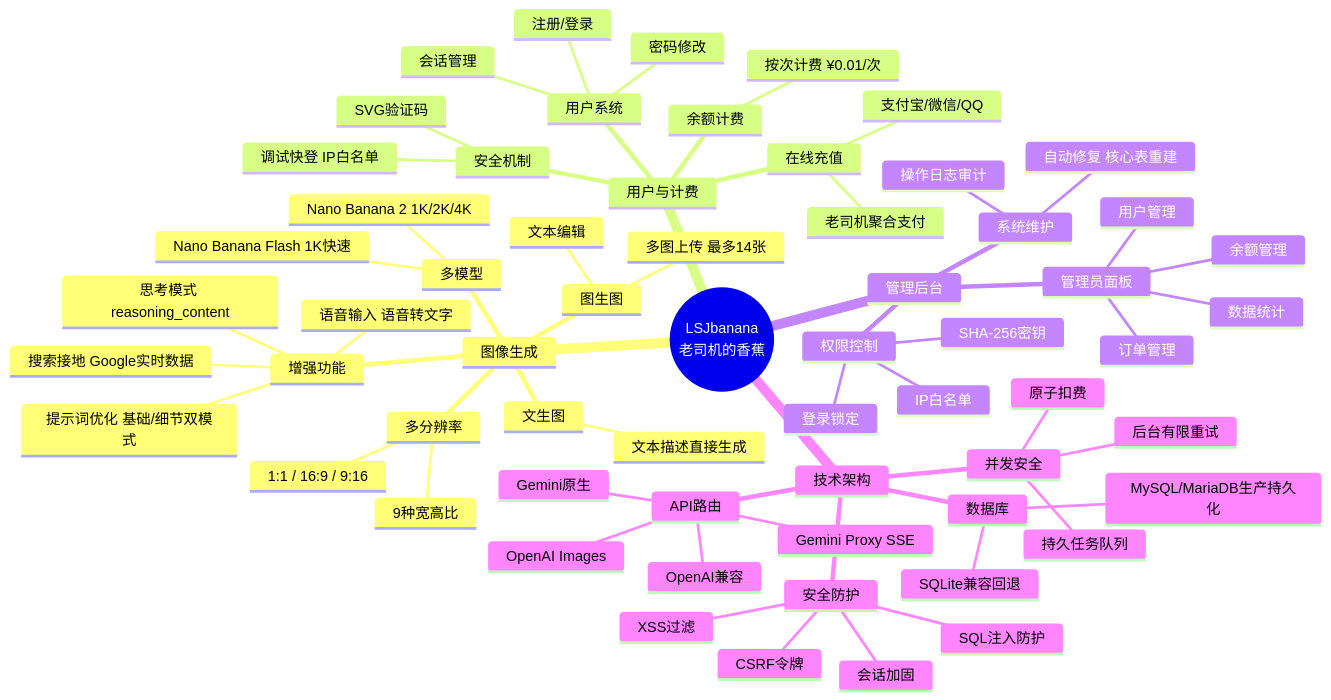
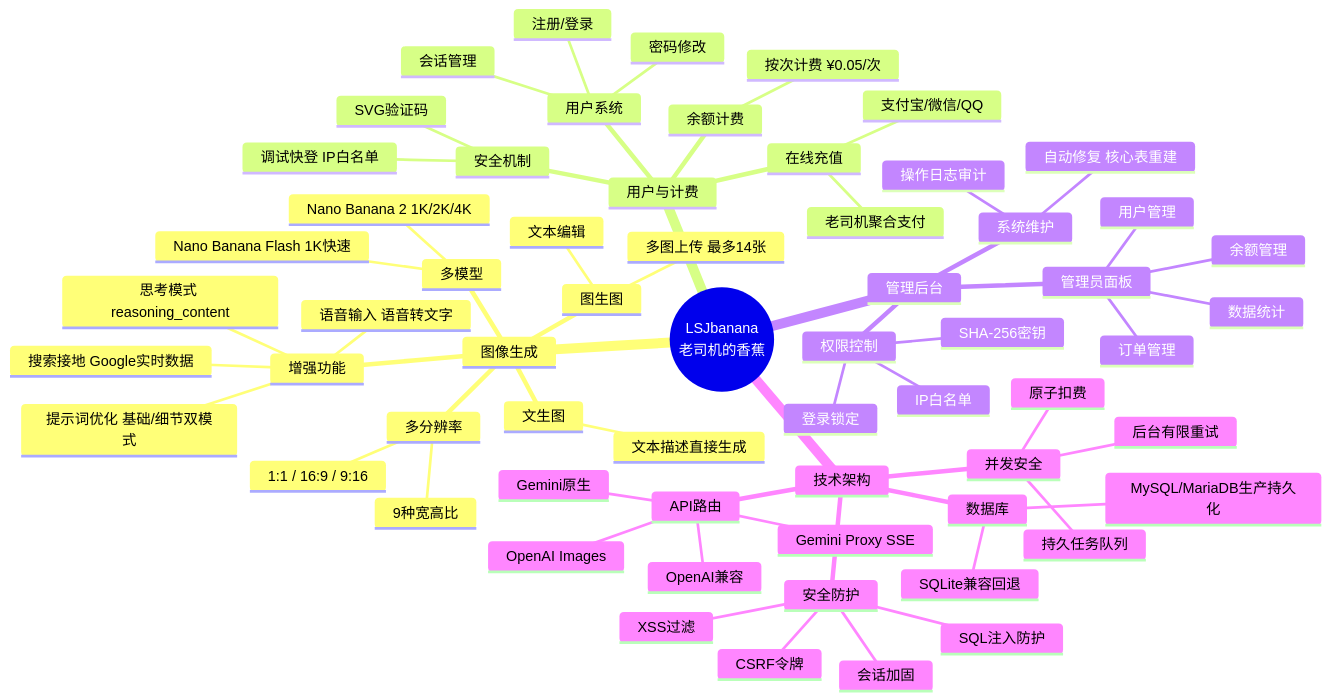
One commit to RusianHu/LSJbanana changed the diagram in README.md. Above: the diagram before and after it, drawn with Mermaid. The commit also changed 2 other files, not shown here.

Commit message:
chore: 图片单价调整为 0.05 元/张
同步更新 config.php.example 与 README 文档中的价格说明。

````diff
--- a/README.md
+++ b/README.md
@@ -9,65 +9,65 @@
 ```mermaid
 mindmap
   root((LSJbanana<br>老司机的香蕉))
     图像生成
       文生图
         文本描述直接生成
       图生图
         多图上传 最多14张
         文本编辑
       多模型
         Nano Banana 2 1K/2K/4K
         Nano Banana Flash 1K快速
       多分辨率
         9种宽高比
         1:1 / 16:9 / 9:16
       增强功能
         搜索接地 Google实时数据
         提示词优化 基础/细节双模式
         语音输入 语音转文字
         思考模式 reasoning_content
     用户与计费
       用户系统
         注册/登录
         会话管理
         密码修改
       余额计费
-        按次计费 ¥0.01/次
+        按次计费 ¥0.05/次
       在线充值
         老司机聚合支付
         支付宝/微信/QQ
       安全机制
         SVG验证码
         调试快登 IP白名单
     管理后台
       管理员面板
         用户管理
         订单管理
         余额管理
         数据统计
       权限控制
         SHA-256密钥
         IP白名单
         登录锁定
       系统维护
         操作日志审计
         自动修复 核心表重建
     技术架构
       数据库
         MySQL/MariaDB生产持久化
         SQLite兼容回退
       API路由
         Gemini原生
         OpenAI兼容
         OpenAI Images
         Gemini Proxy SSE
       安全防护
         CSRF令牌
         SQL注入防护
         XSS过滤
         会话加固
       并发安全
         原子扣费
         持久任务队列
         后台有限重试
 ```
````
